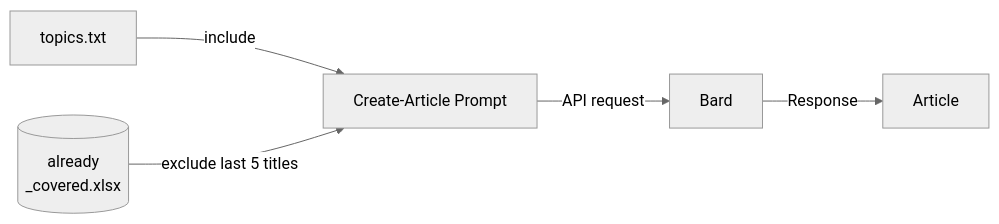
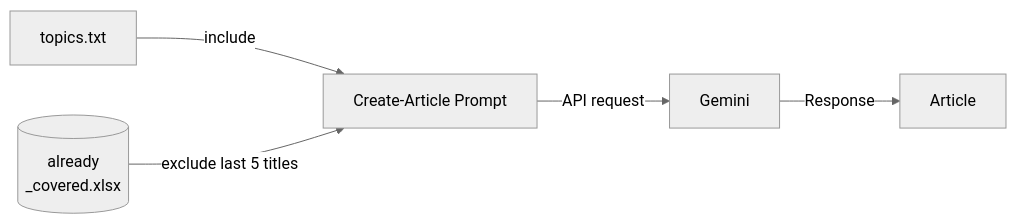
The first of 2 diagrams in README.md (AndreaZoccatelli/daily_immersion), drawn with Mermaid (neutral theme) before and after one commit. The commit also changed other lines of this file, not shown here.

````diff
--- a/README.md
+++ b/README.md
@@ -17,6 +17,6 @@
 ```mermaid
   flowchart LR;
       A[topics.txt]-->|include|C[Prompt]
       B[(already\n_covered.xlsx)]-->|exclude last 5 titles|C[Create-Article\nPrompt]
-      C[Create-Article Prompt]-->|API request|D[Bard]-->|Response|E[Article]
+      C[Create-Article Prompt]-->|API request|D[Gemini]-->|Response|E[Article]
 ```
````
